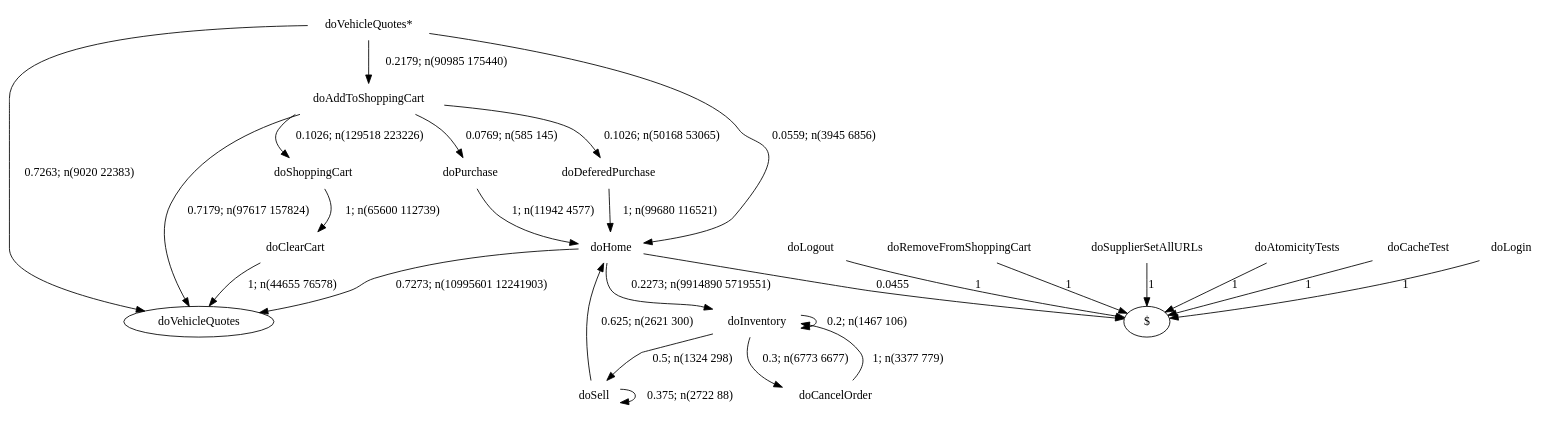
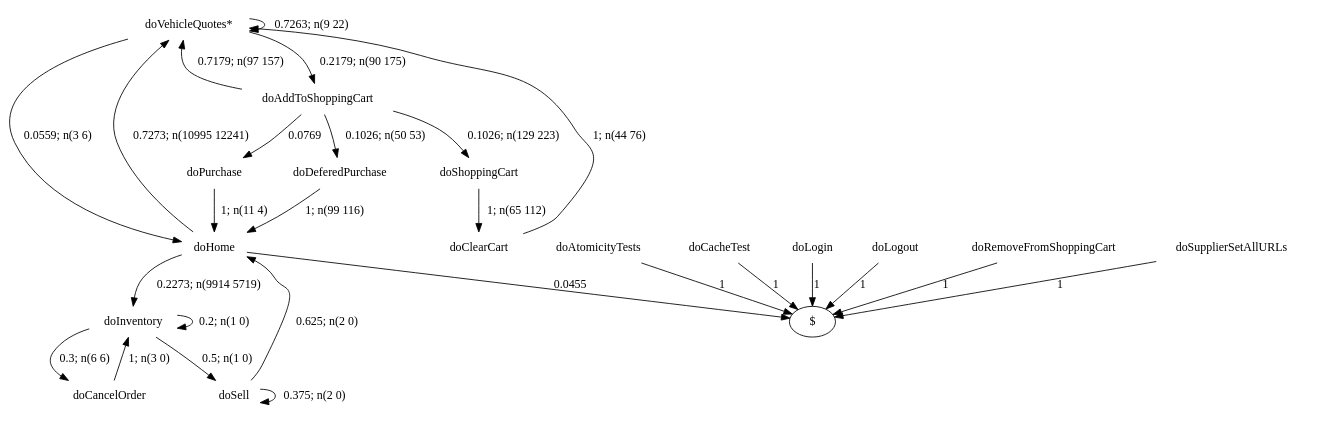
The diagram in examples/specj/output/none/graph391.dot (alperhi/wessbas.behaviorModelExtractor), drawn with Graphviz before and after one commit. The commit also changed 545 other files, not shown here.

Commit message:
fixed bug with initial states appearing twice (with and without '*') in a DOT graph; fixed time conversion from nanoseconds to milliseconds (uses TimeUnit now); updated example output and visualizations; removed input sessions with NULL-values from SPECj input folder;

```diff
--- a/examples/specj/output/none/graph391.dot
+++ b/examples/specj/output/none/graph391.dot
@@ -1,44 +1,44 @@
 digraph G {
 "doVehicleQuotes*" [label="doVehicleQuotes*",shape=none];
 "doSupplierSetAllURLs" [label="doSupplierSetAllURLs",shape=none];
 "doAtomicityTests" [label="doAtomicityTests",shape=none];
 "doCacheTest" [label="doCacheTest",shape=none];
 "doLogin" [label="doLogin",shape=none];
 "doAddToShoppingCart" [label="doAddToShoppingCart",shape=none];
 "doDeferedPurchase" [label="doDeferedPurchase",shape=none];
 "doHome" [label="doHome",shape=none];
 "doShoppingCart" [label="doShoppingCart",shape=none];
 "doClearCart" [label="doClearCart",shape=none];
 "doPurchase" [label="doPurchase",shape=none];
 "doInventory" [label="doInventory",shape=none];
 "doSell" [label="doSell",shape=none];
 "doLogout" [label="doLogout",shape=none];
 "doCancelOrder" [label="doCancelOrder",shape=none];
 "doRemoveFromShoppingCart" [label="doRemoveFromShoppingCart",shape=none];
-"doVehicleQuotes*"->"doVehicleQuotes" [style=solid,label="0.7263; n(9020 22383)"];
-"doVehicleQuotes*"->"doAddToShoppingCart" [style=solid,label="0.2179; n(90985 175440)"];
-"doVehicleQuotes*"->"doHome" [style=solid,label="0.0559; n(3945 6856)"];
+"doVehicleQuotes*"->"doVehicleQuotes*" [style=solid,label="0.7263; n(9 22)"];
+"doVehicleQuotes*"->"doAddToShoppingCart" [style=solid,label="0.2179; n(90 175)"];
+"doVehicleQuotes*"->"doHome" [style=solid,label="0.0559; n(3 6)"];
 "doSupplierSetAllURLs"->"$" [style=solid,label="1"];
 "doAtomicityTests"->"$" [style=solid,label="1"];
 "doCacheTest"->"$" [style=solid,label="1"];
 "doLogin"->"$" [style=solid,label="1"];
-"doAddToShoppingCart"->"doVehicleQuotes" [style=solid,label="0.7179; n(97617 157824)"];
-"doAddToShoppingCart"->"doDeferedPurchase" [style=solid,label="0.1026; n(50168 53065)"];
-"doAddToShoppingCart"->"doShoppingCart" [style=solid,label="0.1026; n(129518 223226)"];
-"doAddToShoppingCart"->"doPurchase" [style=solid,label="0.0769; n(585 145)"];
-"doDeferedPurchase"->"doHome" [style=solid,label="1; n(99680 116521)"];
-"doHome"->"doVehicleQuotes" [style=solid,label="0.7273; n(10995601 12241903)"];
-"doHome"->"doInventory" [style=solid,label="0.2273; n(9914890 5719551)"];
+"doAddToShoppingCart"->"doVehicleQuotes*" [style=solid,label="0.7179; n(97 157)"];
+"doAddToShoppingCart"->"doDeferedPurchase" [style=solid,label="0.1026; n(50 53)"];
+"doAddToShoppingCart"->"doShoppingCart" [style=solid,label="0.1026; n(129 223)"];
+"doAddToShoppingCart"->"doPurchase" [style=solid,label="0.0769"];
+"doDeferedPurchase"->"doHome" [style=solid,label="1; n(99 116)"];
+"doHome"->"doVehicleQuotes*" [style=solid,label="0.7273; n(10995 12241)"];
+"doHome"->"doInventory" [style=solid,label="0.2273; n(9914 5719)"];
 "doHome"->"$" [style=solid,label="0.0455"];
-"doShoppingCart"->"doClearCart" [style=solid,label="1; n(65600 112739)"];
-"doClearCart"->"doVehicleQuotes" [style=solid,label="1; n(44655 76578)"];
-"doPurchase"->"doHome" [style=solid,label="1; n(11942 4577)"];
-"doInventory"->"doInventory" [style=solid,label="0.2; n(1467 106)"];
-"doInventory"->"doSell" [style=solid,label="0.5; n(1324 298)"];
-"doInventory"->"doCancelOrder" [style=solid,label="0.3; n(6773 6677)"];
-"doSell"->"doHome" [style=solid,label="0.625; n(2621 300)"];
-"doSell"->"doSell" [style=solid,label="0.375; n(2722 88)"];
+"doShoppingCart"->"doClearCart" [style=solid,label="1; n(65 112)"];
+"doClearCart"->"doVehicleQuotes*" [style=solid,label="1; n(44 76)"];
+"doPurchase"->"doHome" [style=solid,label="1; n(11 4)"];
+"doInventory"->"doInventory" [style=solid,label="0.2; n(1 0)"];
+"doInventory"->"doSell" [style=solid,label="0.5; n(1 0)"];
+"doInventory"->"doCancelOrder" [style=solid,label="0.3; n(6 6)"];
+"doSell"->"doHome" [style=solid,label="0.625; n(2 0)"];
+"doSell"->"doSell" [style=solid,label="0.375; n(2 0)"];
 "doLogout"->"$" [style=solid,label="1"];
-"doCancelOrder"->"doInventory" [style=solid,label="1; n(3377 779)"];
+"doCancelOrder"->"doInventory" [style=solid,label="1; n(3 0)"];
 "doRemoveFromShoppingCart"->"$" [style=solid,label="1"];
 }
```
